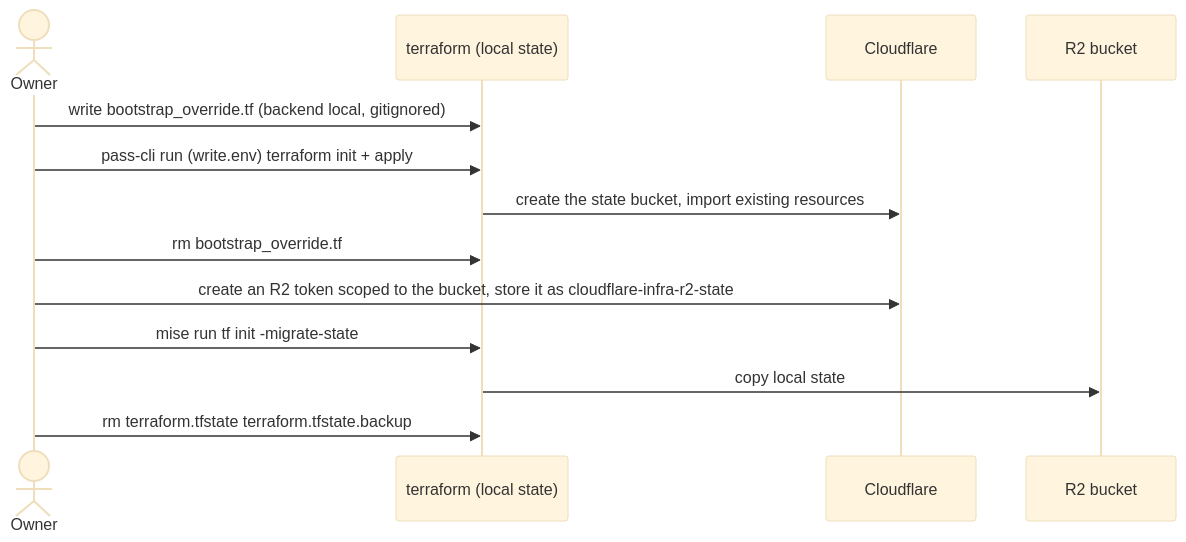
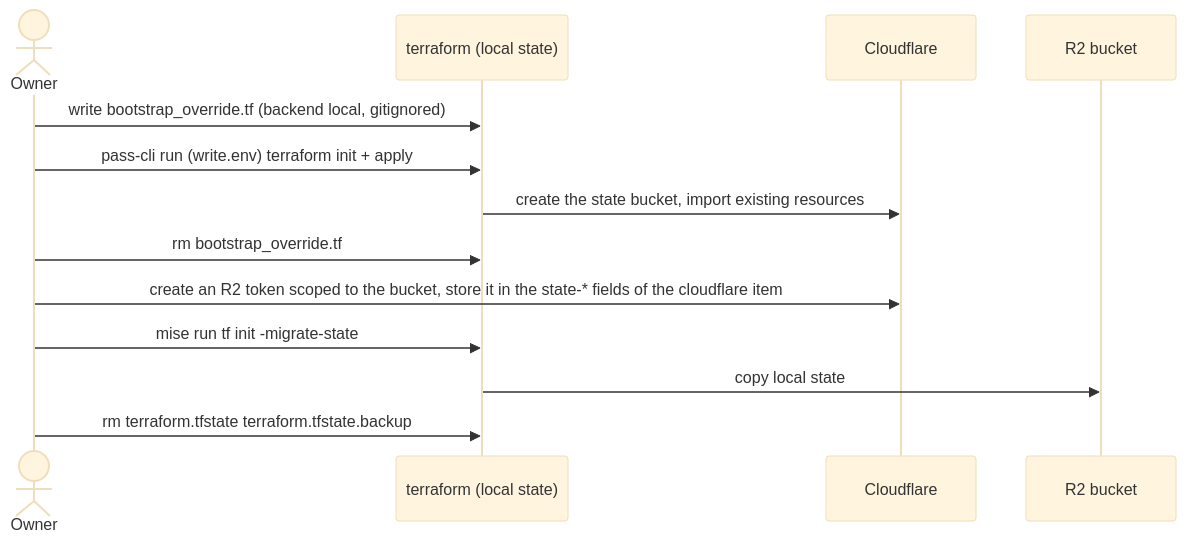
The second of 2 diagrams in landing-zone/cloudflare/README.md (gsuquet/infra), drawn with Mermaid (base theme) before and after one commit. The commit also changed other lines of this file and 12 other files, not shown here.

````diff
--- a/landing-zone/cloudflare/README.md
+++ b/landing-zone/cloudflare/README.md
@@ -76,15 +83,15 @@
 ```mermaid
 sequenceDiagram
     actor Owner
     participant TF as terraform (local state)
     participant CF as Cloudflare
     participant R2 as R2 bucket
     Owner->>TF: write bootstrap_override.tf (backend local, gitignored)
     Owner->>TF: pass-cli run (write.env) terraform init + apply
     TF->>CF: create the state bucket, import existing resources
     Owner->>TF: rm bootstrap_override.tf
-    Owner->>CF: create an R2 token scoped to the bucket, store it as cloudflare-infra-r2-state
+    Owner->>CF: create an R2 token scoped to the bucket, store it in the state-* fields of the cloudflare item
     Owner->>TF: mise run tf init -migrate-state
     TF->>R2: copy local state
     Owner->>TF: rm terraform.tfstate terraform.tfstate.backup
 ```
````
